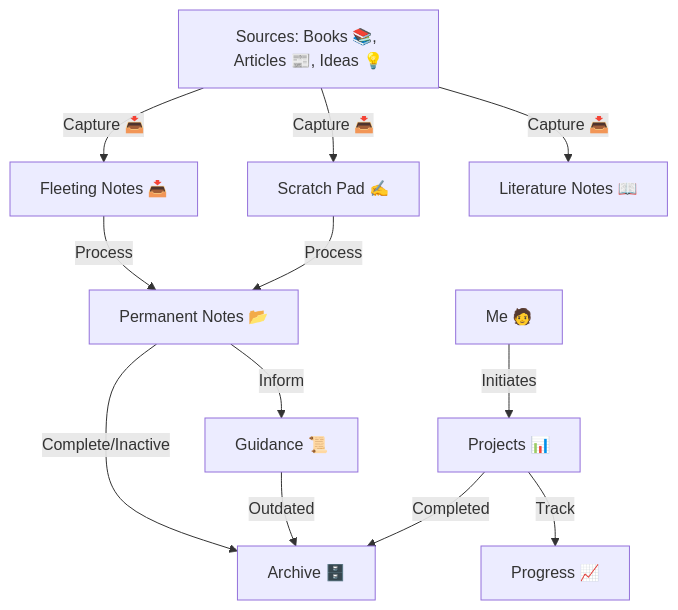
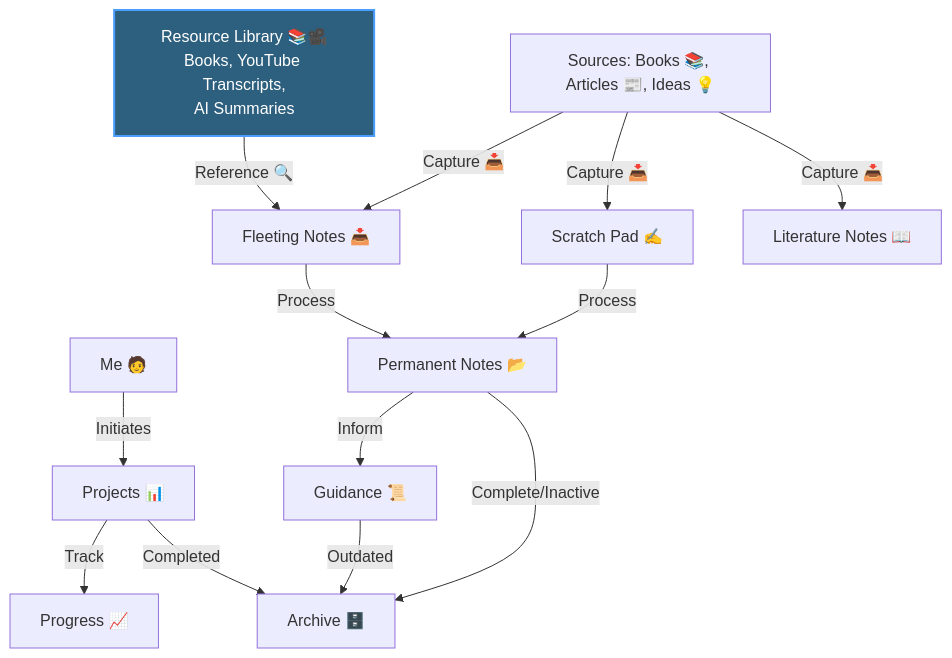
One commit to kennyrnwilson/knowledge-library changed the diagram in README.md. Above: the diagram before and after it, drawn with Mermaid.

Commit message:
Added external box for resource library

````diff
--- a/README.md
+++ b/README.md
@@ -23,17 +23,22 @@
 ```mermaid
 graph TD
     Sources[Sources: Books 📚, Articles 📰, Ideas 💡]
+    Resources[Resource Library 📚🎥<br/>Books, YouTube Transcripts,<br/>AI Summaries]
+
     Sources -- Capture 📥 --> A1[Fleeting Notes 📥]
     Sources -- Capture 📥 --> A2[Scratch Pad ✍️]
     Sources -- Capture 📥 --> A3[Literature Notes 📖]
+    Resources -- Reference 🔍 --> A1
     Human[Me 🧑] -- Initiates --> P[Projects 📊]
 
     A1 -- Process --> B1[Permanent Notes 📂]
     A2 -- Process --> B1
 
     B1 -- Inform --> A4[Guidance 📜]
     P -- Track --> B3[Progress 📈]
     B1 -- Complete/Inactive --> Archive[Archive 🗄️]
     A4 -- Outdated --> Archive
     P -- Completed --> Archive
+
+    style Resources fill:#2d5f7e,stroke:#4a9eff,stroke-width:2px,color:#fff
 ```
````
